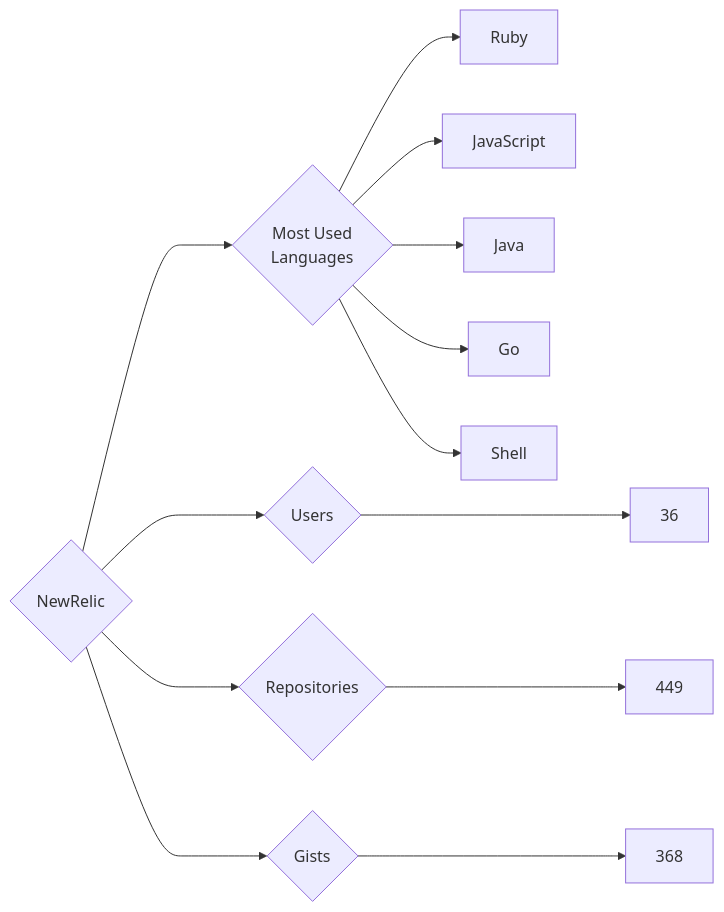
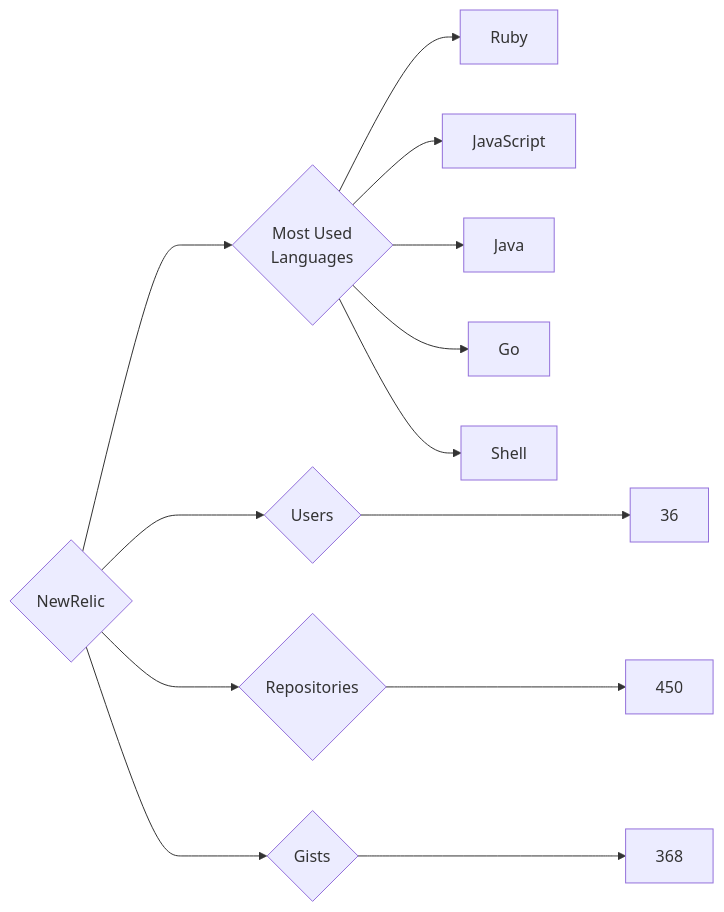
Before and after one commit to trickest/insiders: the diagram in targets/NewRelic/README.md, drawn with Mermaid. The commit also changed 1011 other files, not shown here.

````diff
--- a/targets/NewRelic/README.md
+++ b/targets/NewRelic/README.md
@@ -3,13 +3,13 @@
 ```mermaid
 graph LR
 COMPANY_NAME{NewRelic}
 COMPANY_NAME ---> U{Users} ---> UN[36]
-COMPANY_NAME ---> R{Repositories} ---> RN[449]
+COMPANY_NAME ---> R{Repositories} ---> RN[450]
 COMPANY_NAME ---> G{Gists} ---> GN[368]
 COMPANY_NAME ---> ML{Most Used<br>Languages}
 ML --> Ruby[Ruby]
 ML --> JavaScript[JavaScript]
 ML --> Java[Java]
 ML --> Go[Go]
 ML --> Shell[Shell]
 ```
````
